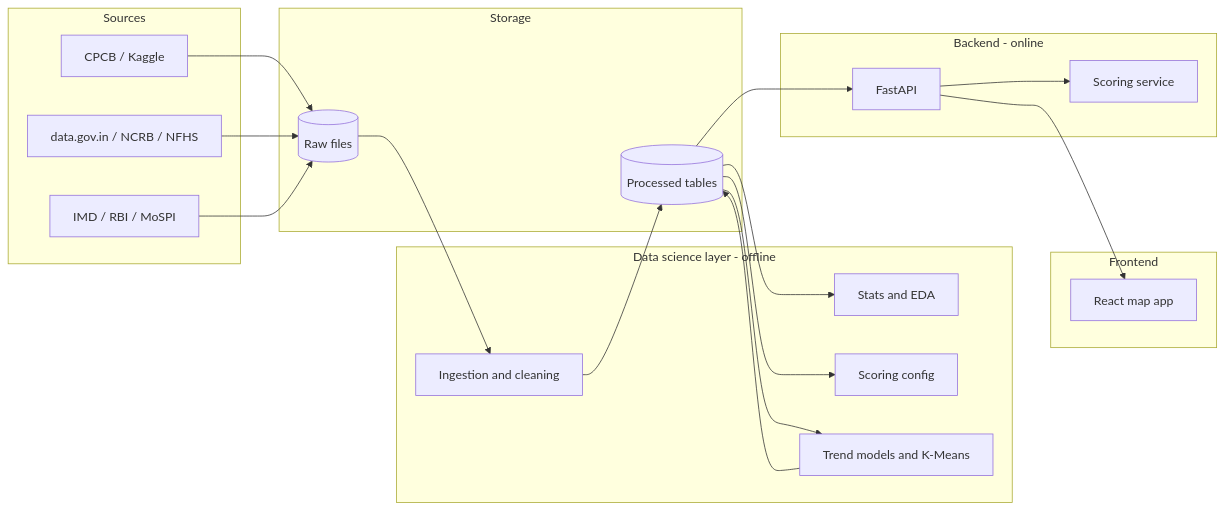
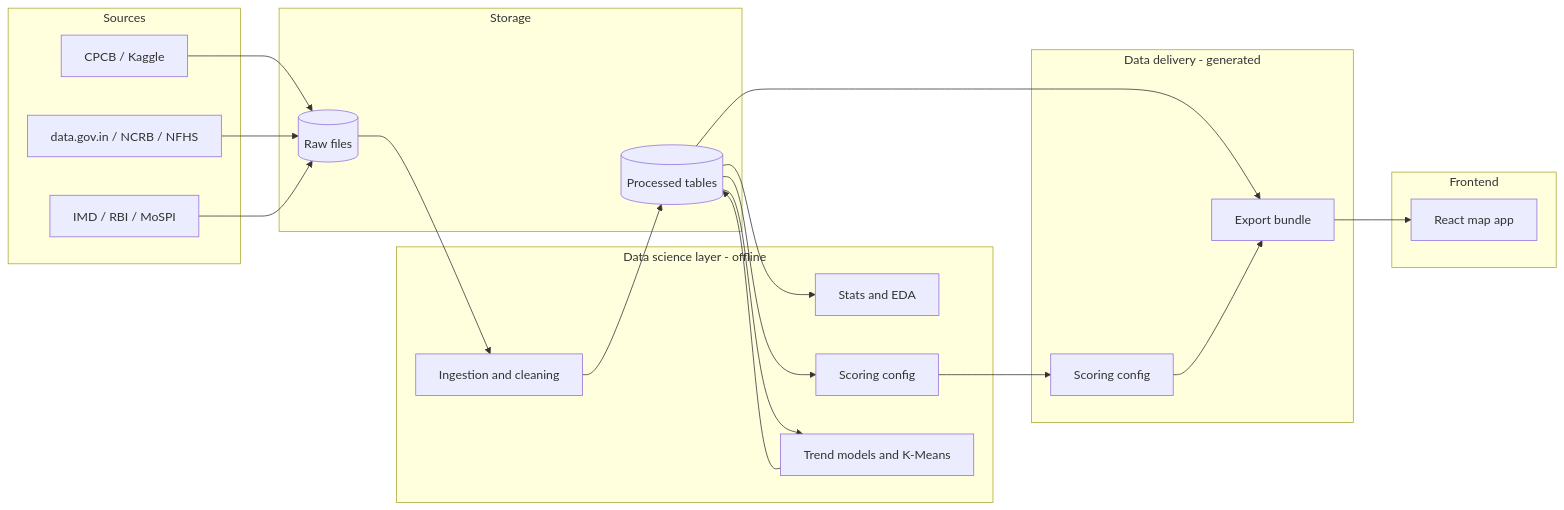
Before and after one commit to PARASMANI-KHUNTE/MCA_DSP_Project_2026: the third of 3 diagrams in India Livability Intelligence System/India Livability Intelligence System.md, drawn with Mermaid. The commit also changed other lines of this file and 52 other files, not shown here.

````diff
--- a/India Livability Intelligence System/India Livability Intelligence System.md
+++ b/India Livability Intelligence System/India Livability Intelligence System.md
@@ -905,36 +879,37 @@
 ```mermaid
 flowchart LR
     subgraph Sources
         S1[CPCB / Kaggle]
         S2[data.gov.in / NCRB / NFHS]
         S3[IMD / RBI / MoSPI]
     end
     subgraph DataScience[Data science layer - offline]
         P1[Ingestion and cleaning]
         P2[Stats and EDA]
         P3[Scoring config]
         P4[Trend models and K-Means]
     end
     subgraph Storage
         D1[(Raw files)]
         D2[(Processed tables)]
     end
-    subgraph Backend[Backend - online]
-        B1[FastAPI]
-        B2[Scoring service]
+    subgraph Delivery[Data delivery - generated]
+        B1[Export bundle]
+        B2[Scoring config]
     end
     subgraph Frontend
         F1[React map app]
     end
     S1 --> D1
     S2 --> D1
     S3 --> D1
     D1 --> P1 --> D2
     D2 --> P2
     D2 --> P3
     D2 --> P4
     P4 --> D2
     D2 --> B1
-    B1 --> B2
+    P3 --> B2
+    B2 --> B1
     B1 --> F1
 ```
````
